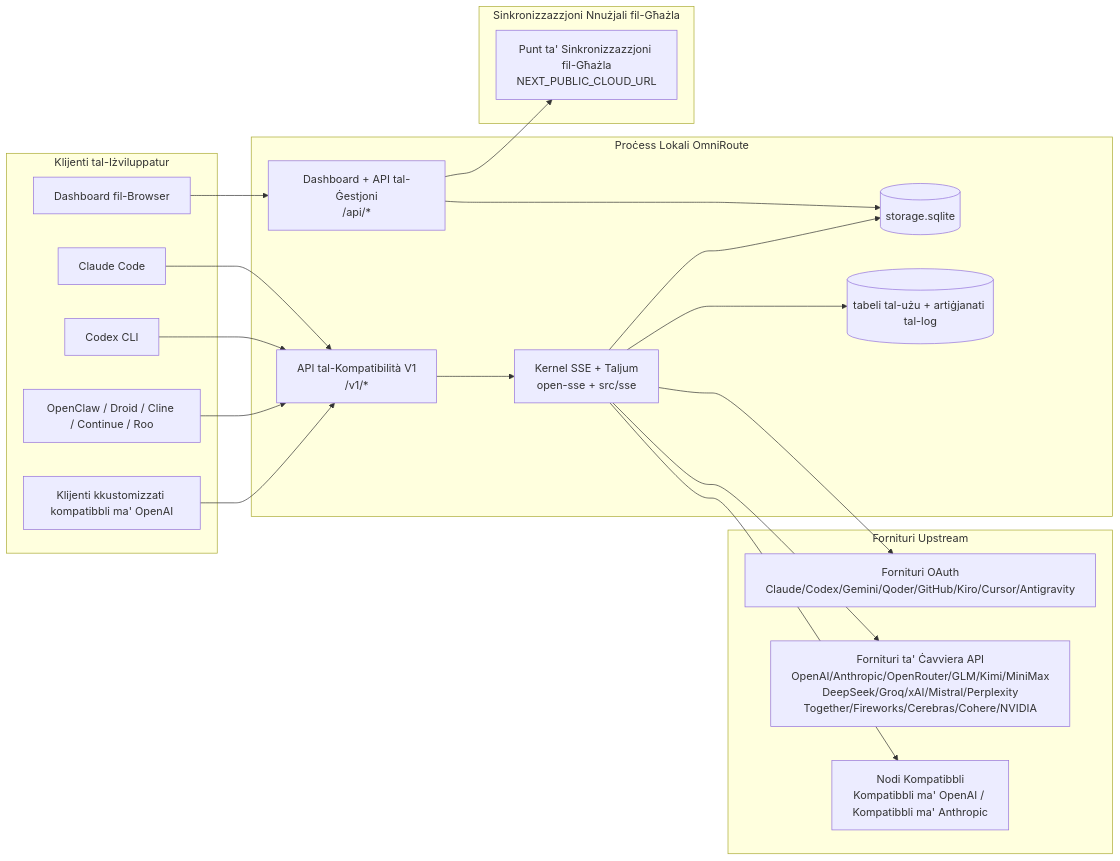
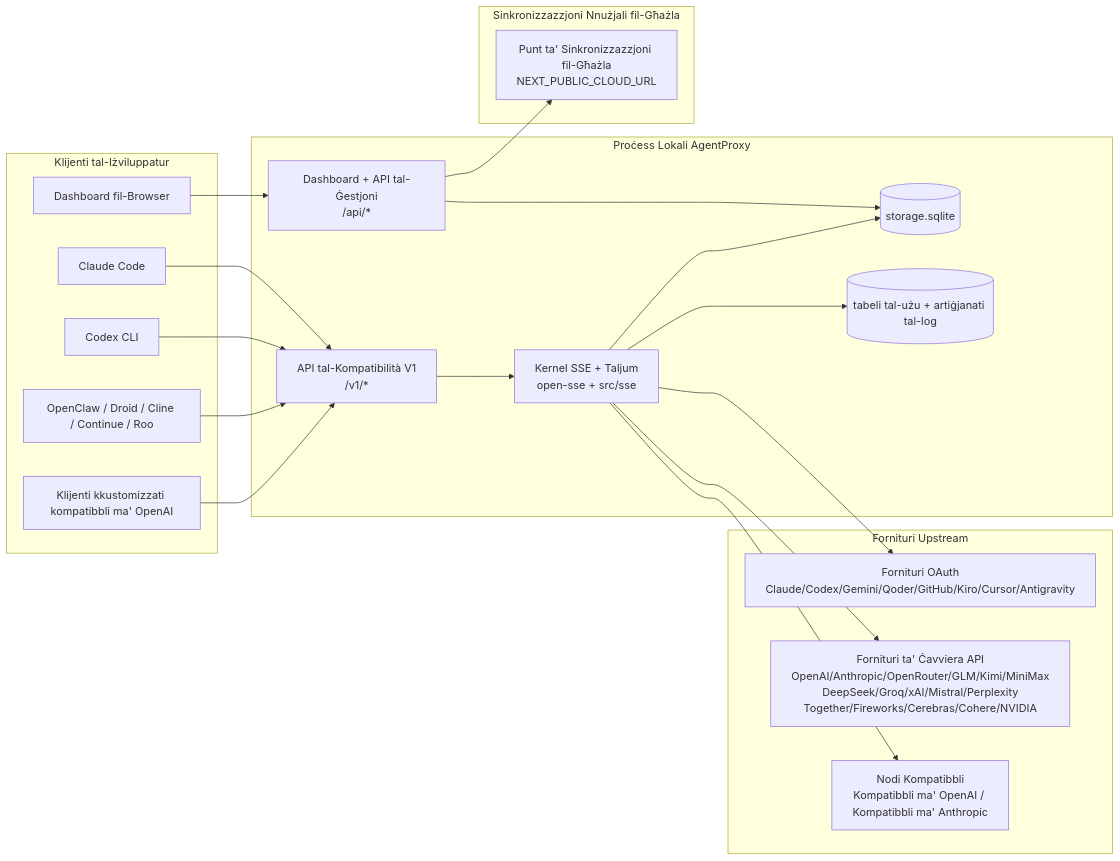
Before and after one commit to khanhkit/AgentProxy: the first of 7 diagrams in docs/i18n/mt/docs/architecture/ARCHITECTURE.md, drawn with Mermaid. The commit also changed other lines of this file and 6043 other files, not shown here.

Commit message:
wip(release): checkpoint AgentProxy identity cleanup

````diff
--- a/docs/i18n/mt/docs/architecture/ARCHITECTURE.md
+++ b/docs/i18n/mt/docs/architecture/ARCHITECTURE.md
@@ -166,45 +166,45 @@
 ```mermaid
 flowchart LR
     subgraph Clients[Klijenti tal-Iżviluppatur]
         C1[Claude Code]
         C2[Codex CLI]
         C3[OpenClaw / Droid / Cline / Continue / Roo]
         C4[Klijenti kkustomizzati kompatibbli ma' OpenAI]
         BROWSER[Dashboard fil-Browser]
     end
 
-    subgraph Router[Proċess Lokali OmniRoute]
+    subgraph Router[Proċess Lokali AgentProxy]
         API[API tal-Kompatibilità V1\n/v1/*]
         DASH[Dashboard + API tal-Ġestjoni\n/api/*]
         CORE[Kernel SSE + Taljum\nopen-sse + src/sse]
         DB[(storage.sqlite)]
         UDB[(tabeli tal-użu + artiġjanati tal-log)]
     end
 
     subgraph Upstreams[Fornituri Upstream]
         P1[Fornituri OAuth\nClaude/Codex/Gemini/Qoder/GitHub/Kiro/Cursor/Antigravity]
         P2[Fornituri ta' Ċavviera API\nOpenAI/Anthropic/OpenRouter/GLM/Kimi/MiniMax\nDeepSeek/Groq/xAI/Mistral/Perplexity\nTogether/Fireworks/Cerebras/Cohere/NVIDIA]
         P3[Nodi Kompatibbli\nKompatibbli ma' OpenAI / Kompatibbli ma' Anthropic]
     end
 
     subgraph Cloud[Sinkronizzazzjoni Nnużjali fil-Għażla]
         CLOUD[Punt ta' Sinkronizzazzjoni fil-Għażla\nNEXT_PUBLIC_CLOUD_URL]
     end
 
     C1 --> API
     C2 --> API
     C3 --> API
     C4 --> API
     BROWSER --> DASH
 
     API --> CORE
     DASH --> DB
     CORE --> DB
     CORE --> UDB
 
     CORE --> P1
     CORE --> P2
     CORE --> P3
 
     DASH --> CLOUD
 ```
````
